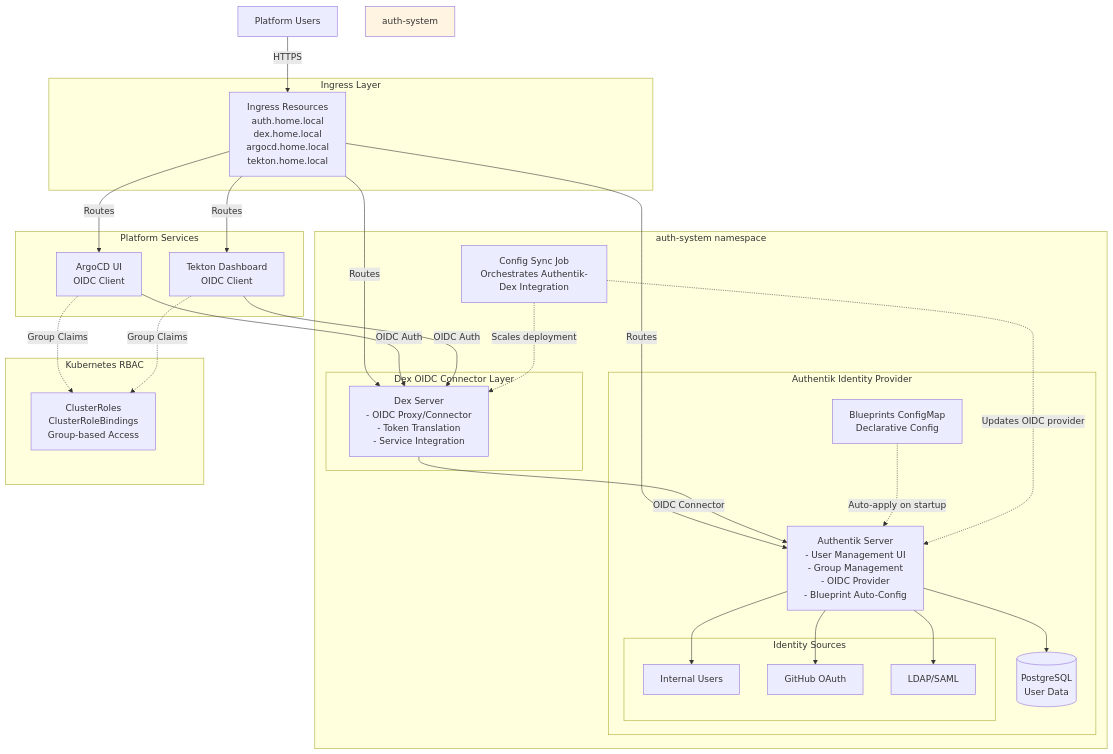
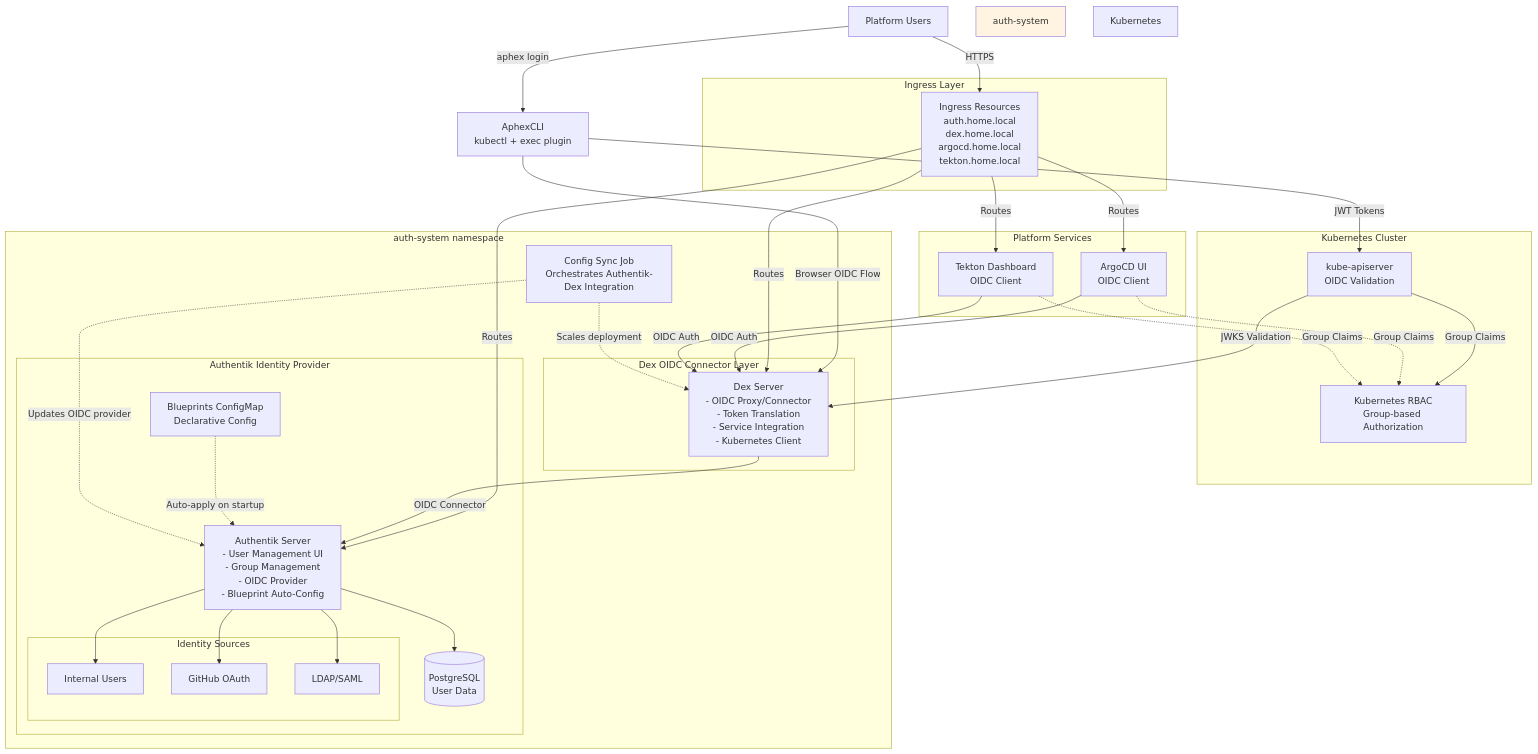
One commit to bdchatham/AphexPlatformInfrastructure changed the second of 7 diagrams in .kiro/docs/architecture.md. Above: the diagram before and after it, drawn with Mermaid. The commit also changed other lines of this file and 28 other files, not shown here.

Commit message:
Adding Kubernetes OIDC integration.

````diff
--- a/.kiro/docs/architecture.md
+++ b/.kiro/docs/architecture.md
@@ -86,59 +86,67 @@
 ```mermaid
 graph TB
     Users[Platform Users]
+    AphexCLI[AphexCLI<br/>kubectl + exec plugin]
     
     subgraph Platform Services
         ArgoCD[ArgoCD UI<br/>OIDC Client]
         Tekton[Tekton Dashboard<br/>OIDC Client]
     end
     
+    subgraph Kubernetes Cluster
+        APIServer[kube-apiserver<br/>OIDC Validation]
+        RBAC[Kubernetes RBAC<br/>Group-based Authorization]
+    end
+    
     subgraph auth-system namespace
         subgraph Dex OIDC Connector Layer
-            Dex[Dex Server<br/>- OIDC Proxy/Connector<br/>- Token Translation<br/>- Service Integration]
+            Dex[Dex Server<br/>- OIDC Proxy/Connector<br/>- Token Translation<br/>- Service Integration<br/>- Kubernetes Client]
         end
         
         subgraph Authentik Identity Provider
             Authentik[Authentik Server<br/>- User Management UI<br/>- Group Management<br/>- OIDC Provider<br/>- Blueprint Auto-Config]
             
             subgraph Identity Sources
                 Internal[Internal Users]
                 GitHub[GitHub OAuth]
                 LDAP[LDAP/SAML]
             end
             
             PostgreSQL[(PostgreSQL<br/>User Data)]
             Blueprints[Blueprints ConfigMap<br/>Declarative Config]
         end
         
         ConfigSyncJob[Config Sync Job<br/>Orchestrates Authentik-Dex Integration]
     end
     
-    subgraph Kubernetes RBAC
-        RBAC[ClusterRoles<br/>ClusterRoleBindings<br/>Group-based Access]
-    end
-    
     subgraph Ingress Layer
         Ingress[Ingress Resources<br/>auth.home.local<br/>dex.home.local<br/>argocd.home.local<br/>tekton.home.local]
     end
     
     Users -->|HTTPS| Ingress
+    Users -->|aphex login| AphexCLI
+    AphexCLI -->|Browser OIDC Flow| Dex
+    AphexCLI -->|JWT Tokens| APIServer
     Ingress -->|Routes| ArgoCD
     Ingress -->|Routes| Tekton
     Ingress -->|Routes| Authentik
     Ingress -->|Routes| Dex
     ArgoCD -->|OIDC Auth| Dex
     Tekton -->|OIDC Auth| Dex
     Dex -->|OIDC Connector| Authentik
+    APIServer -->|JWKS Validation| Dex
+    APIServer -->|Group Claims| RBAC
     Authentik --> Internal
     Authentik --> GitHub
     Authentik --> LDAP
     Authentik --> PostgreSQL
     Blueprints -.->|Auto-apply on startup| Authentik
     ConfigSyncJob -.->|Updates OIDC provider| Authentik
     ConfigSyncJob -.->|Scales deployment| Dex
     ArgoCD -.->|Group Claims| RBAC
     Tekton -.->|Group Claims| RBAC
     
     style auth-system fill:#fff4e1
     style Ingress Layer fill:#e1f5ff
+    style Kubernetes Cluster fill:#f0f8ff
 ```
````
